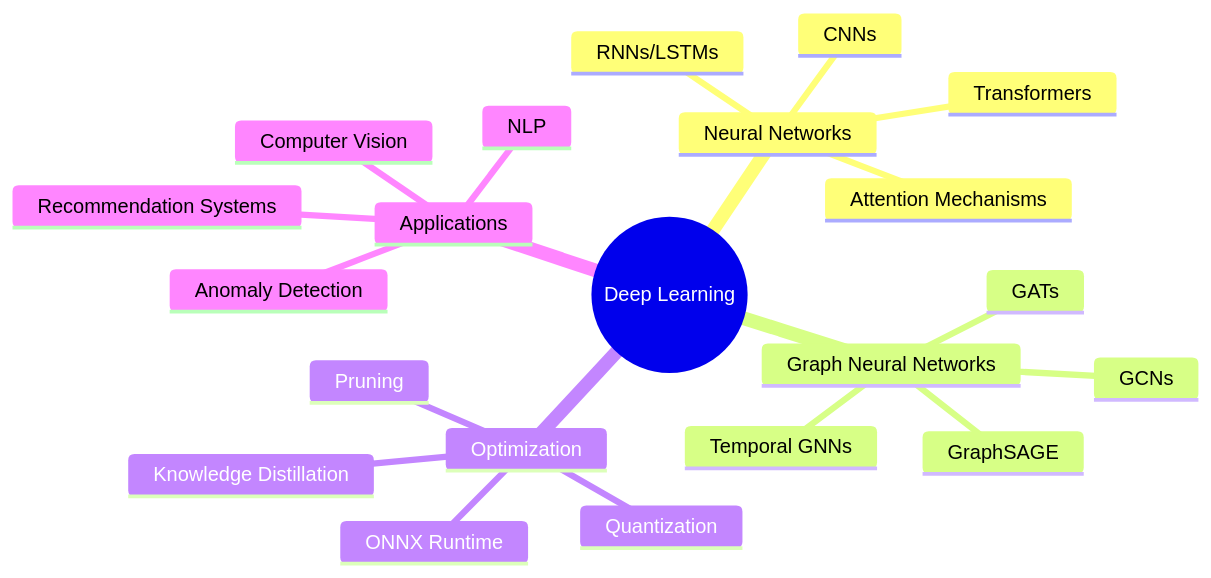
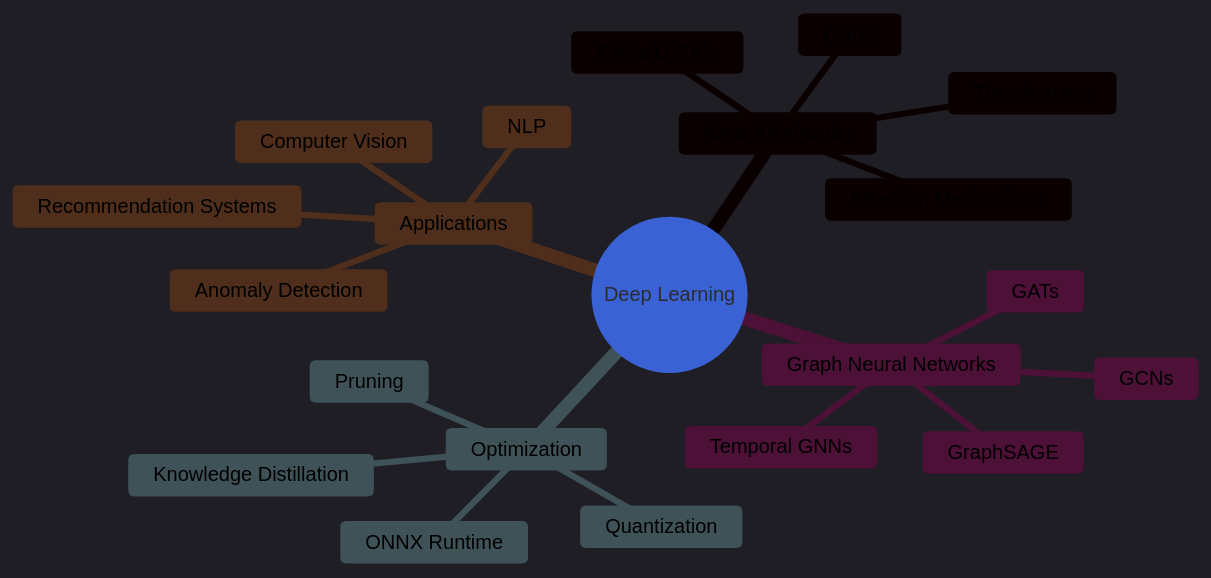
One commit to Abransh/Abransh changed the diagram in README.md. Above: the diagram before and after it, drawn with Mermaid. The commit also changed other lines of this file, not shown here.

````diff
--- a/README.md
+++ b/README.md
@@ -247,24 +245,25 @@
 ```mermaid
+%%{init: {'theme':'dark', 'themeVariables': { 'darkMode':'true', 'primaryColor':'#3B82F6', 'primaryTextColor':'#fff', 'primaryBorderColor':'#60A5FA', 'lineColor':'#93C5FD', 'secondaryColor':'#1E3A8A', 'tertiaryColor':'#1E40AF'}}}%%
 mindmap
   root((Deep Learning))
     Neural Networks
       CNNs
       RNNs/LSTMs
       Transformers
       Attention Mechanisms
     Graph Neural Networks
       GCNs
       GATs
       GraphSAGE
       Temporal GNNs
     Optimization
       Quantization
       Pruning
       Knowledge Distillation
       ONNX Runtime
     Applications
       Computer Vision
       NLP
       Recommendation Systems
       Anomaly Detection
 ```
````
